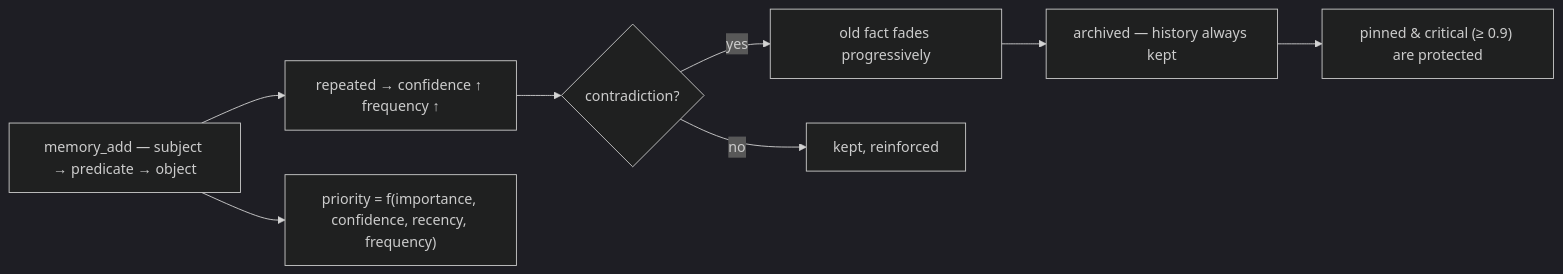
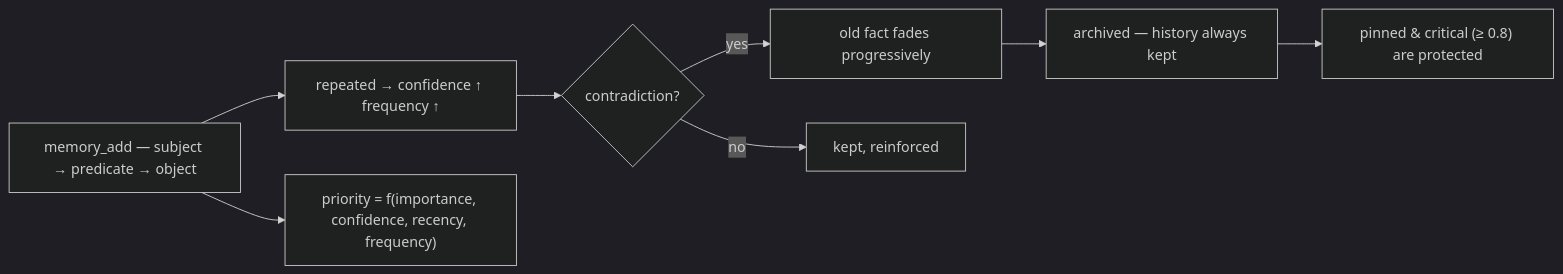
One commit to WindSeries69/memsem changed the diagram in README.de.md. Above: the diagram before and after it, drawn with Mermaid (dark theme). The commit also changed other lines of this file and 16 other files, not shown here.

````diff
--- a/README.de.md
+++ b/README.de.md
@@ -164,10 +164,10 @@
 ```mermaid
 flowchart LR
     W["memory_add — subject → predicate → object"] --> R["repeated → confidence ↑ frequency ↑"]
     W --> P["priority = f(importance, confidence, recency, frequency)"]
     R --> S{"contradiction?"}
     S -- yes --> F["old fact fades progressively"]
     F --> A["archived — history always kept"]
     S -- no --> K["kept, reinforced"]
-    A --> J["pinned & critical (≥ 0.9) are protected"]
+    A --> J["pinned & critical (≥ 0.8) are protected"]
 ```
````
